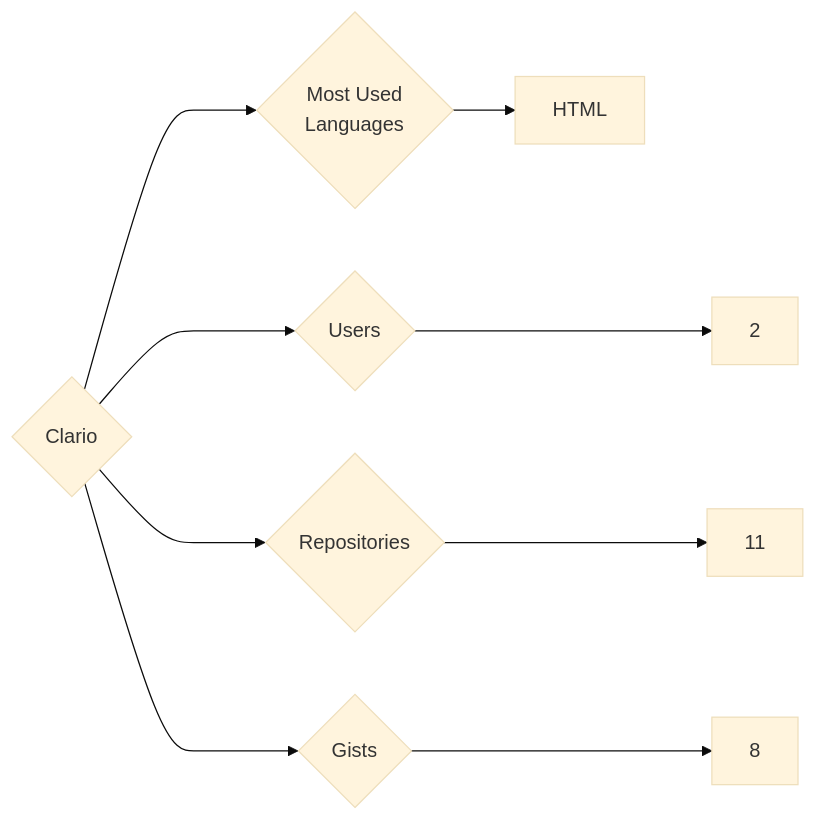
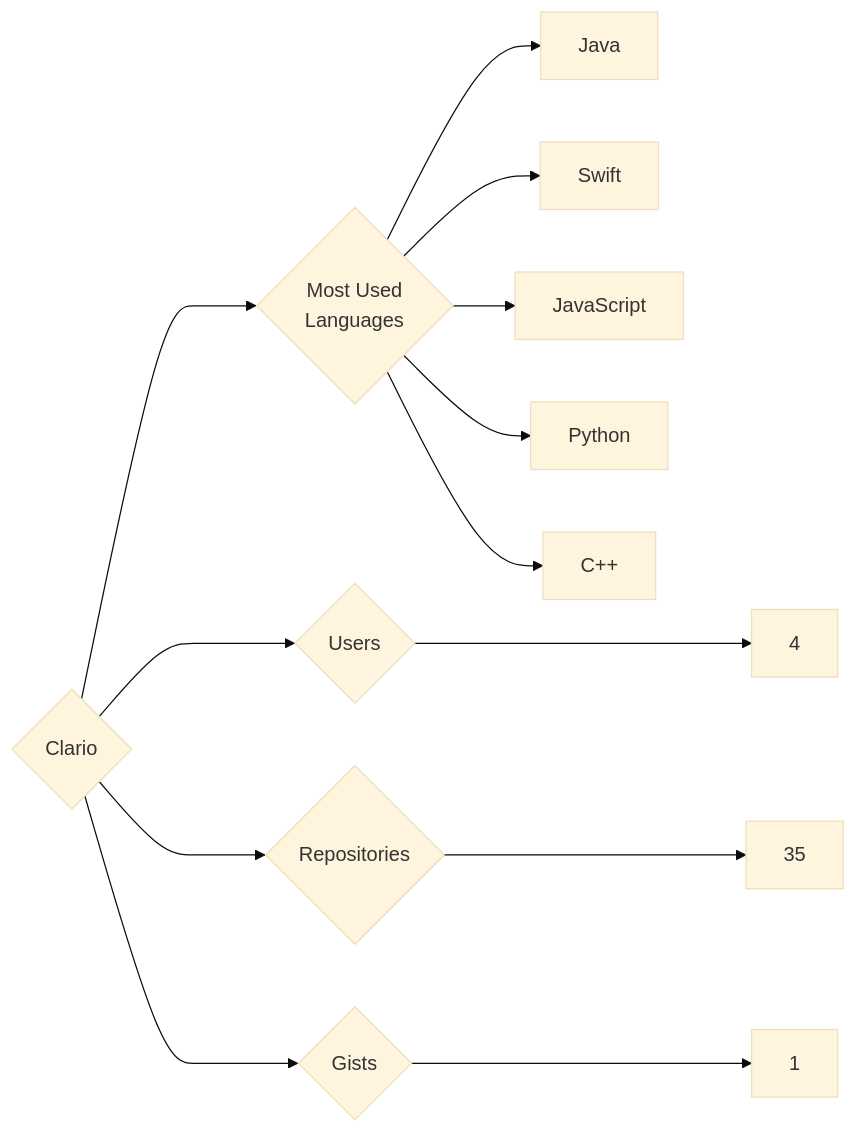
One commit to trickest/insiders changed the diagram in targets/Clario/README.md. Above: the diagram before and after it, drawn with Mermaid (base theme). The commit also changed 847 other files, not shown here.

````diff
--- a/targets/Clario/README.md
+++ b/targets/Clario/README.md
@@ -3,9 +3,13 @@
 ```mermaid
 graph LR
 COMPANY_NAME{Clario}
-COMPANY_NAME ---> U{Users} ---> UN[2]
-COMPANY_NAME ---> R{Repositories} ---> RN[11]
-COMPANY_NAME ---> G{Gists} ---> GN[8]
+COMPANY_NAME ---> U{Users} ---> UN[4]
+COMPANY_NAME ---> R{Repositories} ---> RN[35]
+COMPANY_NAME ---> G{Gists} ---> GN[1]
 COMPANY_NAME ---> ML{Most Used<br>Languages}
-ML --> HTML[HTML]
+ML --> Java[Java]
+ML --> Swift[Swift]
+ML --> JavaScript[JavaScript]
+ML --> Python[Python]
+ML --> C++[C++]
 ```
````
